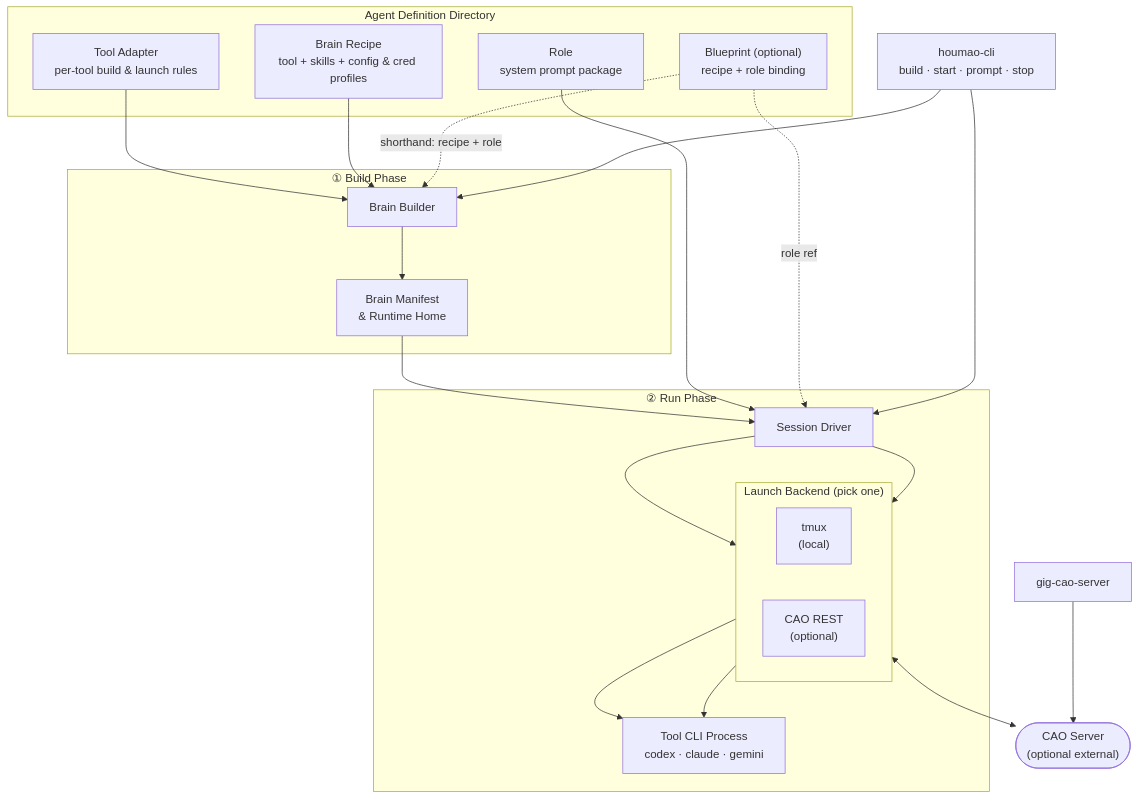
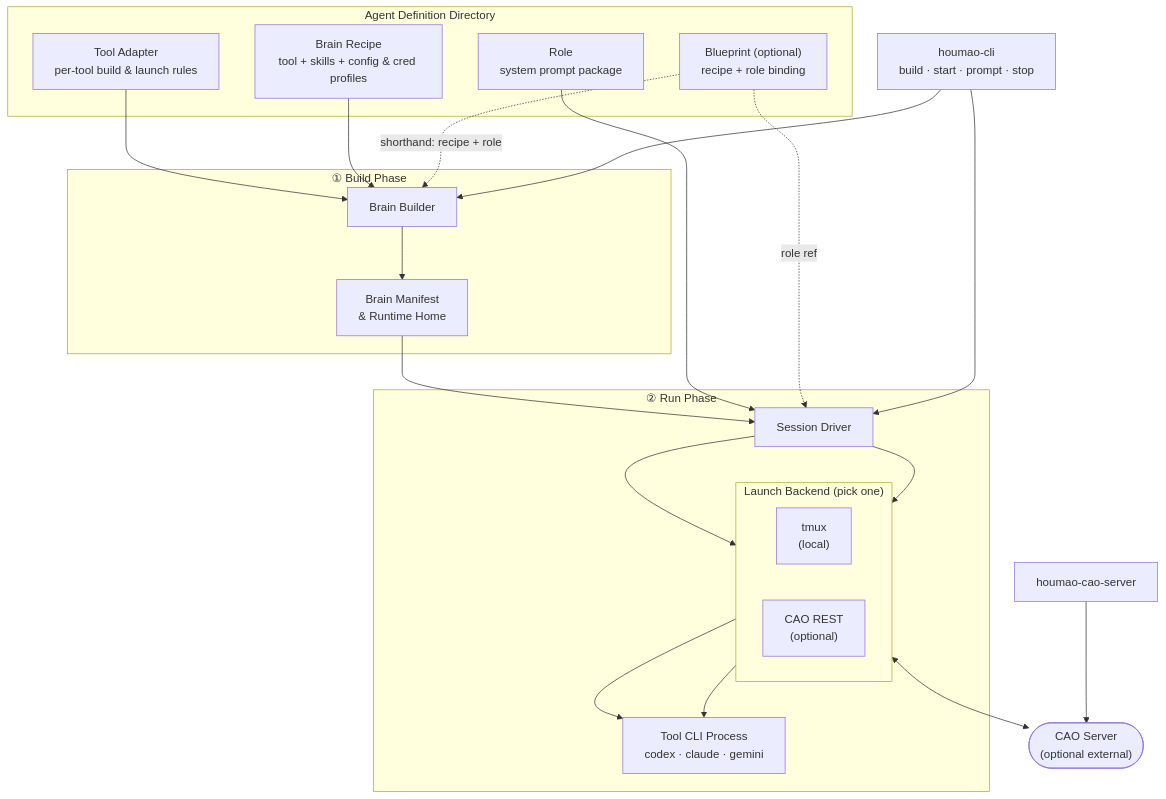
One commit to igamenovoer/houmao changed the first of 2 diagrams in README.md. Above: the diagram before and after it, drawn with Mermaid. The commit also changed other lines of this file and 230 other files, not shown here.

````diff
--- a/README.md
+++ b/README.md
@@ -331,48 +331,48 @@
 ```mermaid
 flowchart TB
     subgraph agentdef ["Agent Definition Directory"]
         adapter["Tool Adapter<br/>per-tool build & launch rules"]
         recipe["Brain Recipe<br/>tool + skills + config & cred profiles"]
         role["Role<br/>system prompt package"]
         blueprint["Blueprint  (optional)<br/>recipe + role binding"]
     end
 
     subgraph buildphase ["① Build Phase"]
         builder["Brain Builder"]
         artifact["Brain Manifest<br/>& Runtime Home"]
         builder --> artifact
     end
 
     subgraph runphase ["② Run Phase"]
         runtime["Session Driver"]
         subgraph backends ["Launch Backend  (pick one)"]
             direction LR
             tmux_b["tmux<br/>(local)"]
             cao_b["CAO REST<br/>(optional)"]
         end
         toolcli["Tool CLI Process<br/>codex · claude · gemini"]
         runtime --> tmux_b & cao_b --> toolcli
     end
 
     extcao(["CAO Server<br/>(optional external)"])
-    caocli["gig-cao-server"]
+    caocli["houmao-cao-server"]
     agentscli["houmao-cli<br/>build · start · prompt · stop"]
 
     %% Build inputs
     adapter --> builder
     recipe --> builder
     blueprint -. "shorthand: recipe + role" .-> builder
 
     %% Phase handoff
     artifact --> runtime
     role --> runtime
     blueprint -. "role ref" .-> runtime
 
     %% CAO path
     cao_b <--> extcao
     caocli --> extcao
 
     %% CLI orchestrates both phases
     agentscli --> builder
     agentscli --> runtime
 ```
````
